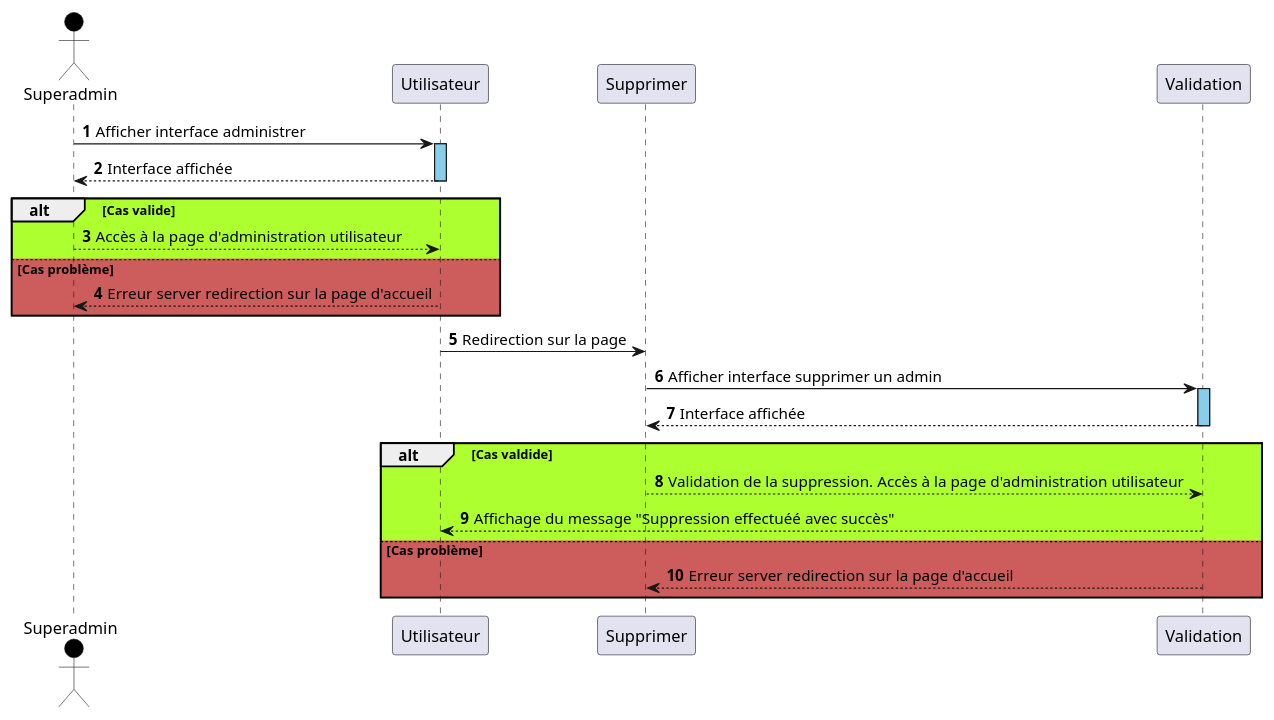
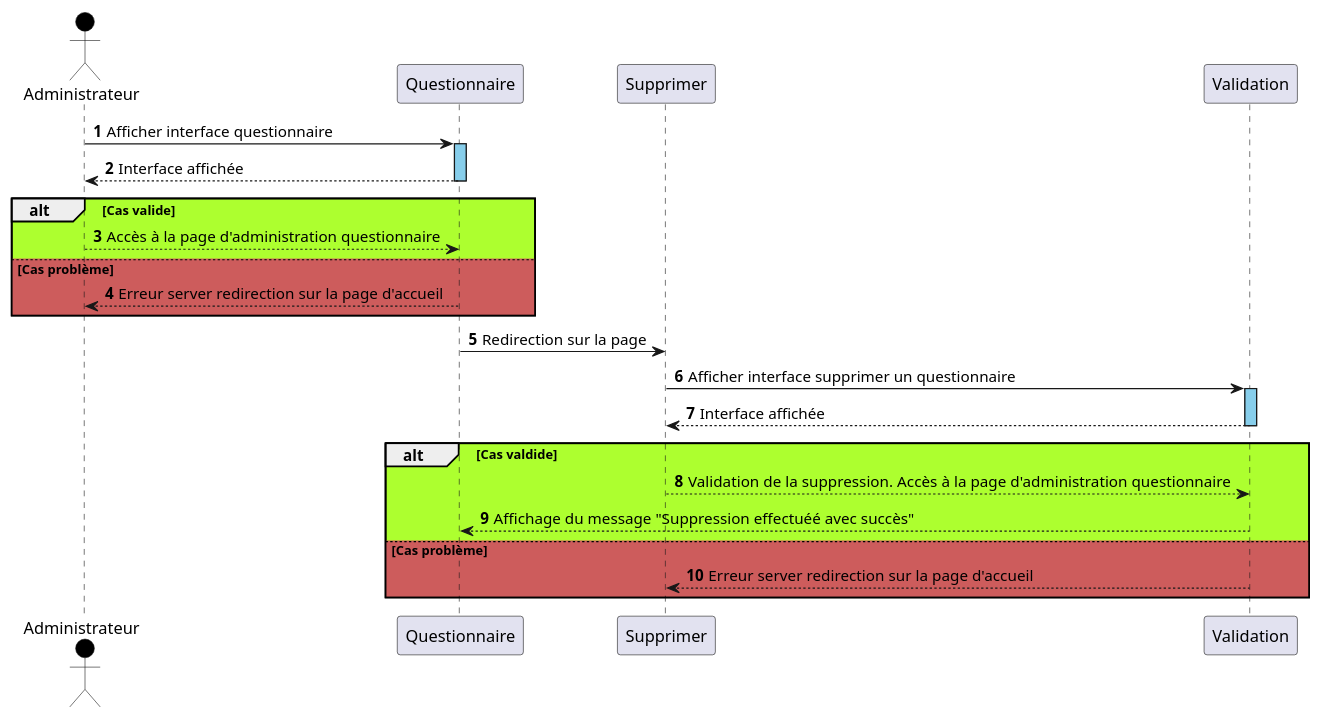
One commit to nwehla/QuidideanceTest changed the diagram in documents/analyse_uml/diagramme_de_sequence/diagramme_sequence_questionner/diagramme_sequence_supprimerquestionnaire.wsd. Above: the diagram before and after it, drawn with PlantUML. The commit also changed 2 other files, not shown here.

```diff
--- a/documents/analyse_uml/diagramme_de_sequence/diagramme_sequence_questionner/diagramme_sequence_supprimerquestionnaire.wsd
+++ b/documents/analyse_uml/diagramme_de_sequence/diagramme_sequence_questionner/diagramme_sequence_supprimerquestionnaire.wsd
@@ -1,24 +1,24 @@
-@startuml supprimeradmin
+@startuml supprimerquestionnaire
 autonumber 
-actor Superadmin #Black
-Superadmin -> Utilisateur : Afficher interface administrer
-activate Utilisateur #SkyBlue
-Utilisateur --> Superadmin : Interface affichée
-deactivate Utilisateur
+actor Administrateur #Black
+Administrateur -> Questionnaire : Afficher interface questionnaire
+activate Questionnaire #SkyBlue
+Questionnaire --> Administrateur : Interface affichée
+deactivate Questionnaire
 alt #GreenYellow Cas valide 
-Utilisateur <-- Superadmin : Accès à la page d'administration utilisateur
+Questionnaire <-- Administrateur : Accès à la page d'administration questionnaire
 else #IndianRed Cas problème
-Utilisateur --> Superadmin : Erreur server redirection sur la page d'accueil
+Questionnaire --> Administrateur : Erreur server redirection sur la page d'accueil
 end
-Utilisateur -> Supprimer : Redirection sur la page
-Supprimer -> Validation : Afficher interface supprimer un admin
+Questionnaire -> Supprimer : Redirection sur la page
+Supprimer -> Validation : Afficher interface supprimer un questionnaire
 activate Validation #SkyBlue
 Validation --> Supprimer : Interface affichée
 deactivate Validation
 alt #GreenYellow Cas valdide 
-Supprimer --> Validation : Validation de la suppression. Accès à la page d'administration utilisateur
-Validation --> Utilisateur : Affichage du message "Suppression effectuéé avec succès"
+Supprimer --> Validation : Validation de la suppression. Accès à la page d'administration questionnaire
+Validation --> Questionnaire : Affichage du message "Suppression effectuéé avec succès"
 else #IndianRed Cas problème
 Supprimer <-- Validation : Erreur server redirection sur la page d'accueil
 end
 @enduml
```
